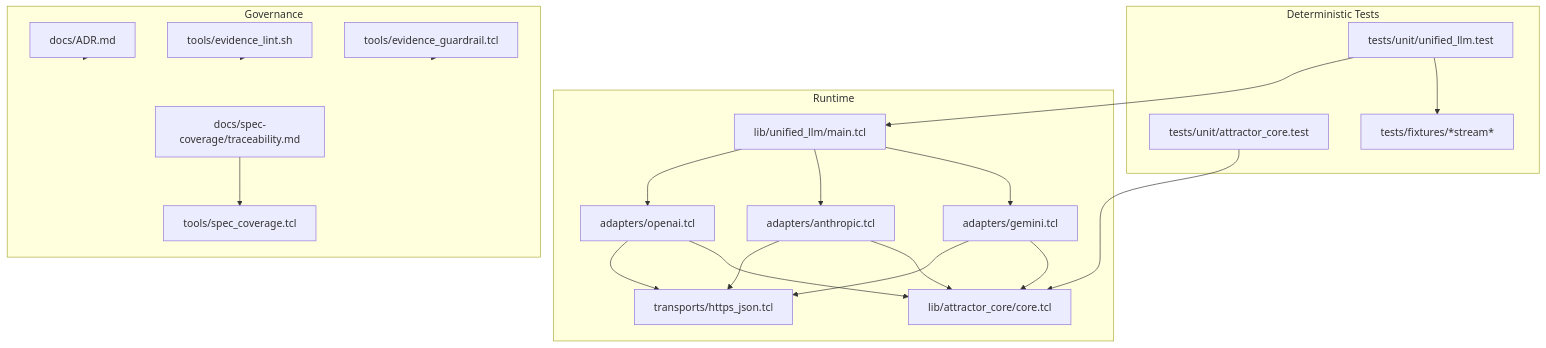
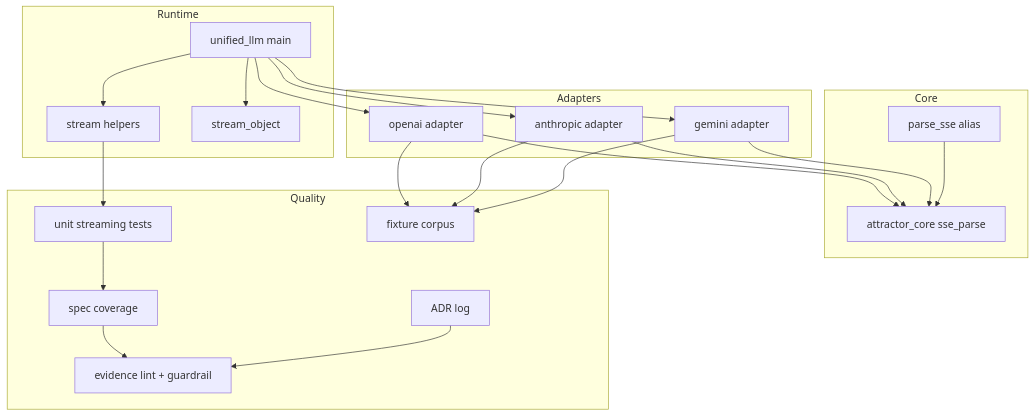
One commit to jaytaylor/attractor-tcl changed the fifth of 5 diagrams in docs/sprints/SPRINT-005-comprehensive-implementation-plan.md. Above: the diagram before and after it, drawn with Mermaid. The commit also changed other lines of this file, not shown here.

````diff
--- a/docs/sprints/SPRINT-005-comprehensive-implementation-plan.md
+++ b/docs/sprints/SPRINT-005-comprehensive-implementation-plan.md
@@ -1915,44 +1094,44 @@
 ```mermaid
 flowchart TB
-  subgraph Runtime[Runtime]
-    ULLM[lib/unified_llm/main.tcl]
-    OA[adapters/openai.tcl]
-    AN[adapters/anthropic.tcl]
-    GE[adapters/gemini.tcl]
-    CORE[lib/attractor_core/core.tcl]
-    TX[transports/https_json.tcl]
+  subgraph Runtime
+    A1[unified_llm main]
+    A2[stream helpers]
+    A3[stream_object]
   end
 
-  subgraph Tests[Deterministic Tests]
-    UTEST[tests/unit/unified_llm.test]
-    CTEST[tests/unit/attractor_core.test]
-    FIX[tests/fixtures/*stream*]
+  subgraph Adapters
+    B1[openai adapter]
+    B2[anthropic adapter]
+    B3[gemini adapter]
   end
 
-  subgraph Governance[Governance]
-    TRACE[docs/spec-coverage/traceability.md]
-    ADR[docs/ADR.md]
-    EVID[tools/evidence_lint.sh]
-    GUARD[tools/evidence_guardrail.tcl]
-    COVER[tools/spec_coverage.tcl]
+  subgraph Core
+    C1[attractor_core sse_parse]
+    C2[parse_sse alias]
   end
 
-  ULLM --> OA
-  ULLM --> AN
-  ULLM --> GE
-  OA --> TX
-  AN --> TX
-  GE --> TX
-  OA --> CORE
-  AN --> CORE
-  GE --> CORE
+  subgraph Quality
+    D1[unit streaming tests]
+    D2[fixture corpus]
+    D3[spec coverage]
+    D4[evidence lint + guardrail]
+    D5[ADR log]
+  end
 
-  UTEST --> ULLM
-  UTEST --> FIX
-  CTEST --> CORE
-
-  TRACE --> COVER
-  ADR --> Governance
-  EVID --> Governance
-  GUARD --> Governance
+  A1 --> B1
+  A1 --> B2
+  A1 --> B3
+  B1 --> C1
+  B2 --> C1
+  B3 --> C1
+  C2 --> C1
+  A1 --> A2
+  A1 --> A3
+  A2 --> D1
+  B1 --> D2
+  B2 --> D2
+  B3 --> D2
+  D1 --> D3
+  D3 --> D4
+  D5 --> D4
 ```
````
